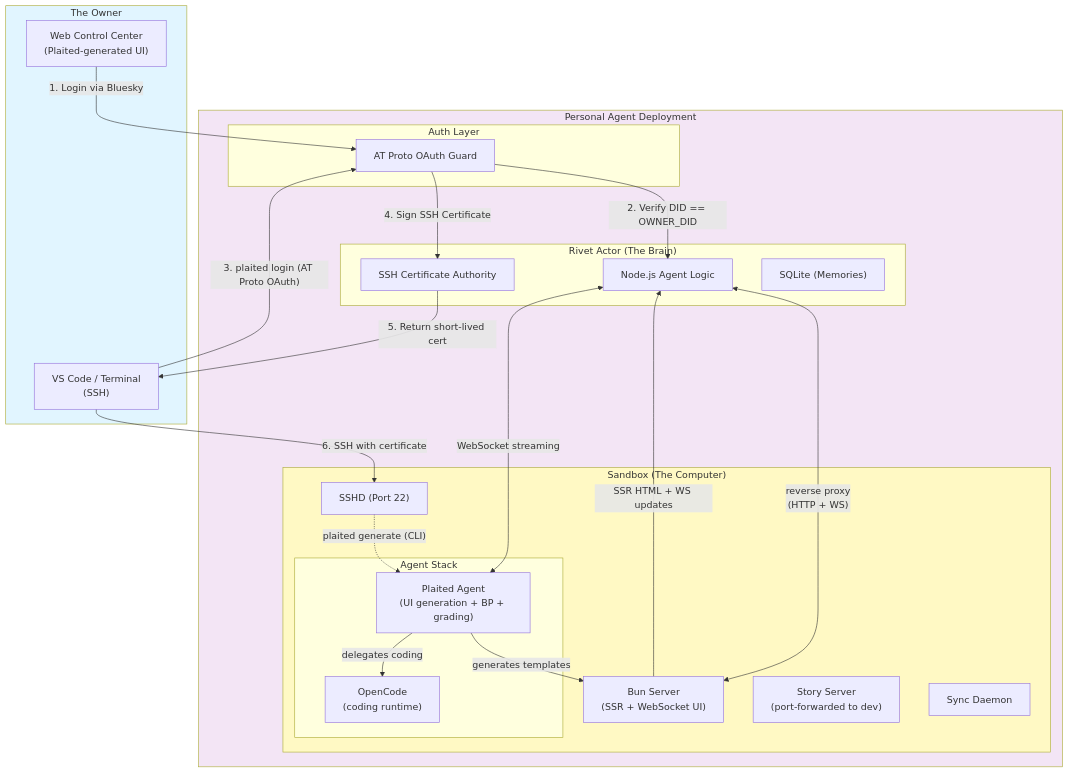
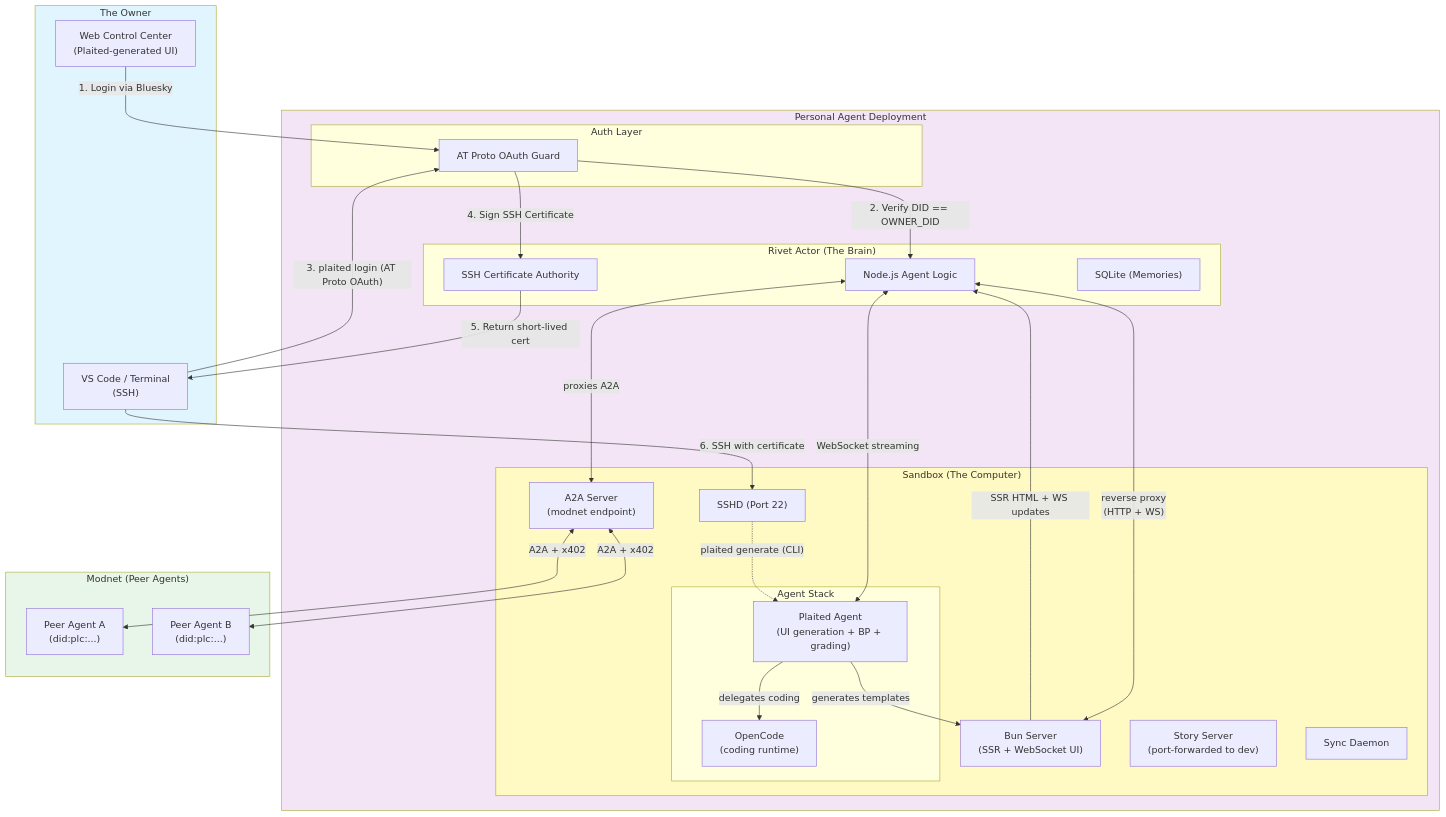
Before and after one commit to plaited/plaited: the first of 3 diagrams in BACKGROUND-AGENT-SYSTEM-DESIGN.md, drawn with Mermaid. The commit also changed other lines of this file, not shown here.

First line of the commit message:
docs(agent): add modnet architecture, x402 payments, and structural vocabulary

````diff
--- a/BACKGROUND-AGENT-SYSTEM-DESIGN.md
+++ b/BACKGROUND-AGENT-SYSTEM-DESIGN.md
@@ -36,59 +39,71 @@
 ```mermaid
 graph TB
     subgraph OWNER["The Owner"]
         Browser["Web Control Center<br/>(Plaited-generated UI)"]
         IDE["VS Code / Terminal<br/>(SSH)"]
     end
 
     subgraph PERSONAL_CLOUD["Personal Agent Deployment"]
 
         subgraph AUTH_LAYER["Auth Layer"]
             OAuth_Guard["AT Proto OAuth Guard"]
         end
 
         subgraph BRAIN["Rivet Actor (The Brain)"]
             Agent_Logic["Node.js Agent Logic"]
             SSH_CA["SSH Certificate Authority"]
             State_DB["SQLite (Memories)"]
         end
 
         subgraph MUSCLE["Sandbox (The Computer)"]
             subgraph AGENTS["Agent Stack"]
                 PAgent["Plaited Agent<br/>(UI generation + BP + grading)"]
                 OpenCode["OpenCode<br/>(coding runtime)"]
             end
             BunServer["Bun Server<br/>(SSR + WebSocket UI)"]
+            A2AEndpoint["A2A Server<br/>(modnet endpoint)"]
             StoryServer["Story Server<br/>(port-forwarded to dev)"]
             SSHD["SSHD (Port 22)"]
             Sync["Sync Daemon"]
         end
+    end
+
+    subgraph MODNET["Modnet (Peer Agents)"]
+        PeerA["Peer Agent A<br/>(did:plc:...)"]
+        PeerB["Peer Agent B<br/>(did:plc:...)"]
     end
 
     %% Auth Flow
     Browser -->|"1. Login via Bluesky"| OAuth_Guard
     OAuth_Guard --"2. Verify DID == OWNER_DID"--> Agent_Logic
 
     %% CLI Login + SSH CA Flow
     IDE -->|"3. plaited login (AT Proto OAuth)"| OAuth_Guard
     OAuth_Guard --"4. Sign SSH Certificate"--> SSH_CA
     SSH_CA --"5. Return short-lived cert"--> IDE
 
     %% Request Flow: Rivet → Plaited Agent → OpenCode
     Agent_Logic <-->|"WebSocket streaming"| PAgent
     PAgent -->|"delegates coding"| OpenCode
 
     %% UI Delivery: Bun Server SSR + WebSocket
     Agent_Logic <-->|"reverse proxy<br/>(HTTP + WS)"| BunServer
     PAgent -->|"generates templates"| BunServer
     BunServer -->|"SSR HTML + WS updates"| Agent_Logic
 
+    %% Modnet: A2A peer-to-peer
+    Agent_Logic <-->|"proxies A2A"| A2AEndpoint
+    A2AEndpoint <-->|"A2A + x402"| PeerA
+    A2AEndpoint <-->|"A2A + x402"| PeerB
+
     %% Dev can also invoke Plaited Agent directly via CLI
     SSHD -.->|"plaited generate (CLI)"| PAgent
 
     %% SSH Flow (cert-based, no authorized_keys)
     IDE -->|"6. SSH with certificate"| SSHD
 
     style OWNER fill:#e1f5ff
     style PERSONAL_CLOUD fill:#f3e5f5
     style MUSCLE fill:#fff9c4
+    style MODNET fill:#e8f5e9
 ```
````
